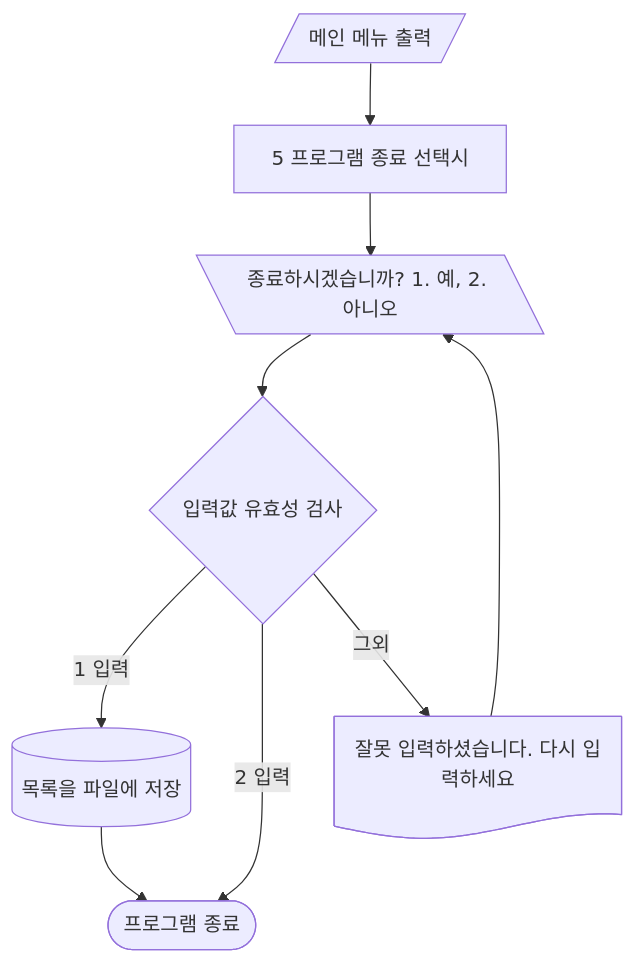
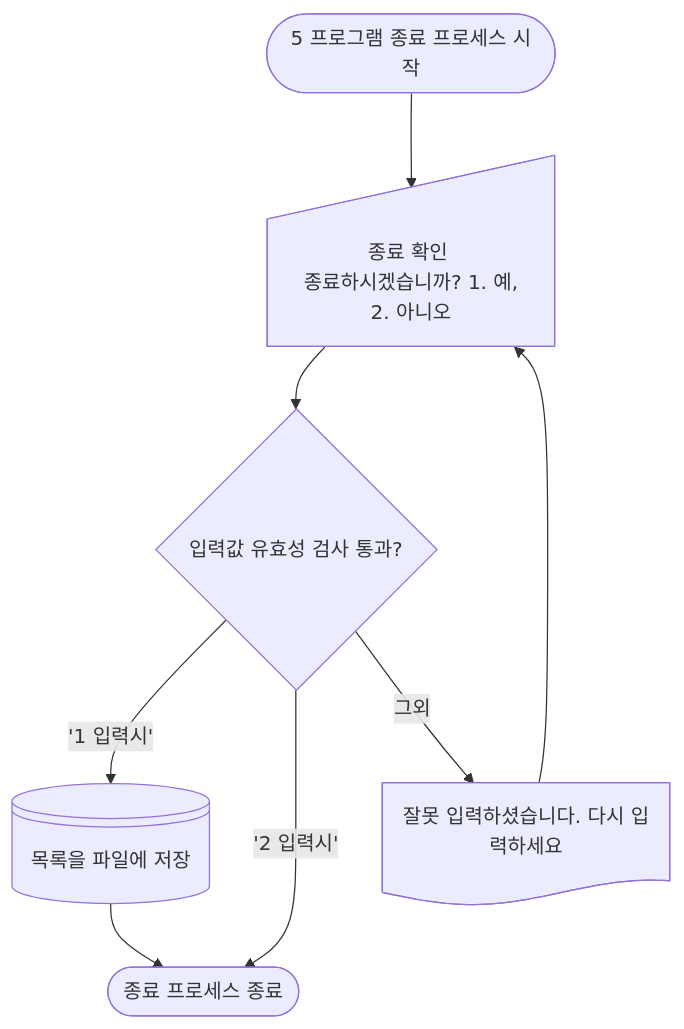
Before and after one commit to Happy-o3ov/big20-python-project1-team3: the diagram in docs/1stSubject_flowchart05_end.md, drawn with Mermaid. The commit also changed 5 other files, not shown here.

Commit message:
flowchart finish

````diff
--- a/docs/1stSubject_flowchart05_end.md
+++ b/docs/1stSubject_flowchart05_end.md
@@ -2,12 +2,12 @@
 ```mermaid
 graph TD
     %% 프로그램 종료
-    Menu[/메인 메뉴 출력/] --> finish[5 프로그램 종료 선택시]; 
-    finish --> finish1[\종료하시겠습니까? 1. 예, 2. 아니오\];
-    finish1 --> finish2{입력값 유효성 검사};
-    finish2 -- 1 입력 --> finish21[(목록을 파일에 저장)] --> END ;
-    finish2 -- 2 입력 --> END([프로그램 종료]); 
-    finish2 -- 그외 --> finish3@{ shape: doc, label: "잘못 입력하셨습니다. 다시 입력하세요"};
-    finish3 --> finish1
+    finish([5 프로그램 종료 프로세스 시작]); 
+    finish --> finishConfirm@{ shape: sl-rect, label: "종료 확인 <br> 종료하시겠습니까? 1. 예, 2. 아니오"};
+    finishConfirm --> finishValidation{ 입력값 유효성 검사 통과? };
+    finishValidation -- '1 입력시' --> finishProcess@{ shape: lin-cyl, label: " 목록을 파일에 저장"} --> END ;
+    finishValidation -- '2 입력시' --> END([종료 프로세스 종료]); 
+    finishValidation -- 그외 --> inputErrorPrint@{ shape: doc, label: "잘못 입력하셨습니다. 다시 입력하세요"};
+    inputErrorPrint --> finishConfirm
     
 ```
````
